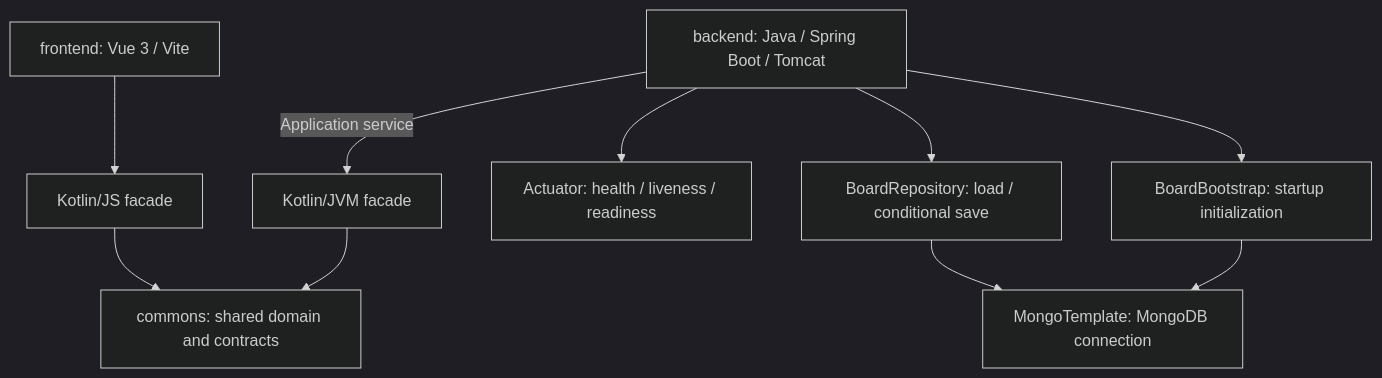
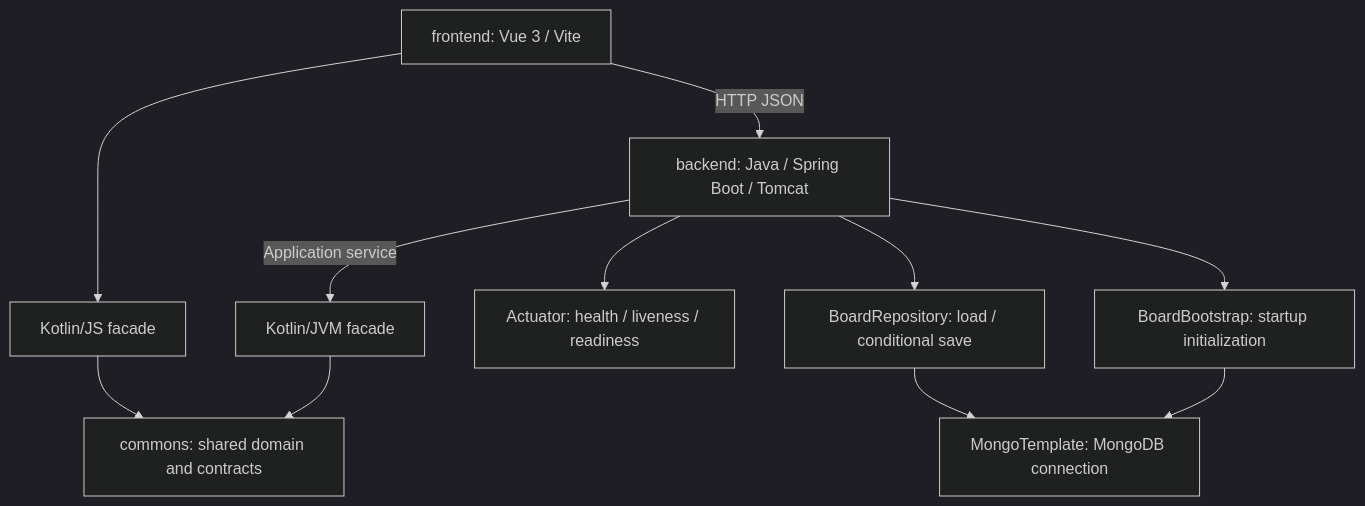
One commit to lorenzotosi/sticky-notes changed the first of 3 diagrams in docs/architecture.md. Above: the diagram before and after it, drawn with Mermaid (dark theme). The commit also changed other lines of this file and 12 other files, not shown here.

````diff
--- a/docs/architecture.md
+++ b/docs/architecture.md
@@ -12,12 +12,13 @@
 ```mermaid
 graph TD
     Frontend["frontend: Vue 3 / Vite"] --> JsFacade["Kotlin/JS facade"]
+    Frontend -->|HTTP JSON| Backend
     Backend["backend: Java / Spring Boot / Tomcat"] -->|Application service| JvmFacade["Kotlin/JVM facade"]
     JsFacade --> Domain["commons: shared domain and contracts"]
     JvmFacade --> Domain
     Backend --> Health["Actuator: health / liveness / readiness"]
     Backend --> Repository["BoardRepository: load / conditional save"]
     Repository --> MongoClient["MongoTemplate: MongoDB connection"]
     Backend --> Bootstrap["BoardBootstrap: startup initialization"]
     Bootstrap --> MongoClient
 ```
````
